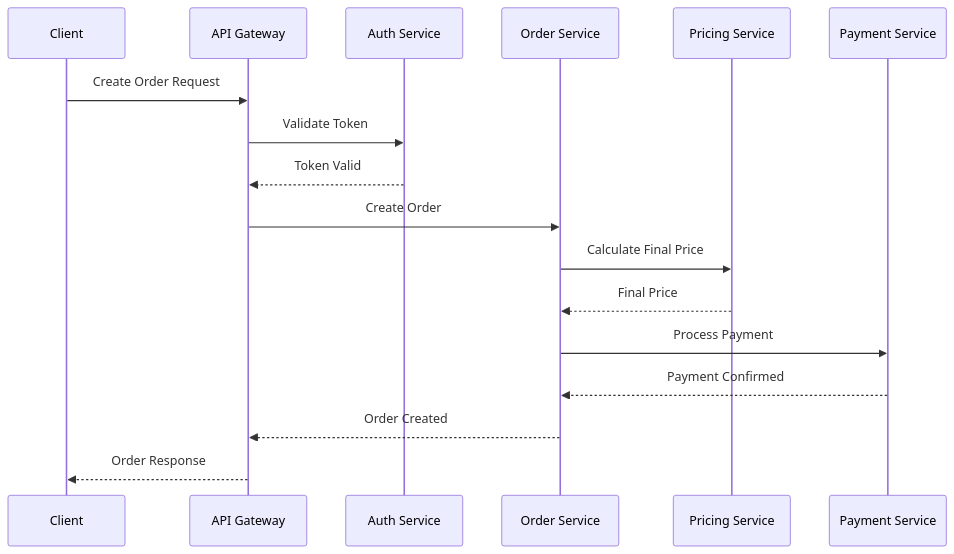
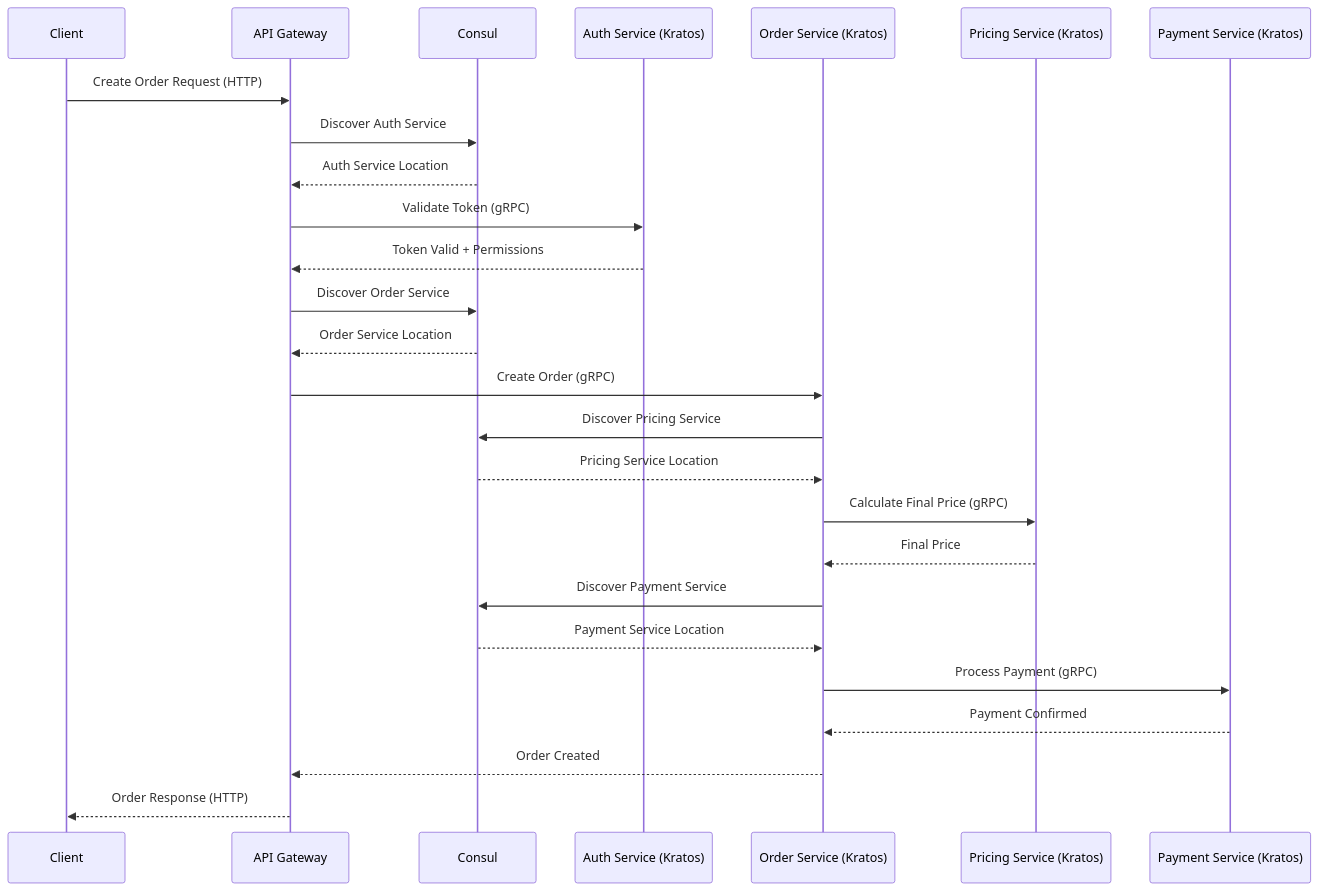
The second of 7 diagrams in docs/architecture/complete-architecture-diagram.md (vesviet/Composable-Commerce-Service-Architecture), drawn with Mermaid before and after one commit. The commit also changed other lines of this file and 4 other files, not shown here.

````diff
--- a/docs/architecture/complete-architecture-diagram.md
+++ b/docs/architecture/complete-architecture-diagram.md
@@ -145,20 +197,33 @@
 ```mermaid
 sequenceDiagram
     participant Client
     participant API as API Gateway
-    participant Auth as Auth Service
-    participant Order as Order Service
-    participant Pricing as Pricing Service
-    participant Payment as Payment Service
+    participant Consul as Consul
+    participant Auth as Auth Service (Kratos)
+    participant Order as Order Service (Kratos)
+    participant Pricing as Pricing Service (Kratos)
+    participant Payment as Payment Service (Kratos)
     
-    Client->>API: Create Order Request
-    API->>Auth: Validate Token
-    Auth-->>API: Token Valid
-    API->>Order: Create Order
-    Order->>Pricing: Calculate Final Price
+    Client->>API: Create Order Request (HTTP)
+    API->>Consul: Discover Auth Service
+    Consul-->>API: Auth Service Location
+    API->>Auth: Validate Token (gRPC)
+    Auth-->>API: Token Valid + Permissions
+    
+    API->>Consul: Discover Order Service
+    Consul-->>API: Order Service Location
+    API->>Order: Create Order (gRPC)
+    
+    Order->>Consul: Discover Pricing Service
+    Consul-->>Order: Pricing Service Location
+    Order->>Pricing: Calculate Final Price (gRPC)
     Pricing-->>Order: Final Price
-    Order->>Payment: Process Payment
+    
+    Order->>Consul: Discover Payment Service
+    Consul-->>Order: Payment Service Location
+    Order->>Payment: Process Payment (gRPC)
     Payment-->>Order: Payment Confirmed
+    
     Order-->>API: Order Created
-    API-->>Client: Order Response
+    API-->>Client: Order Response (HTTP)
 ```
````
